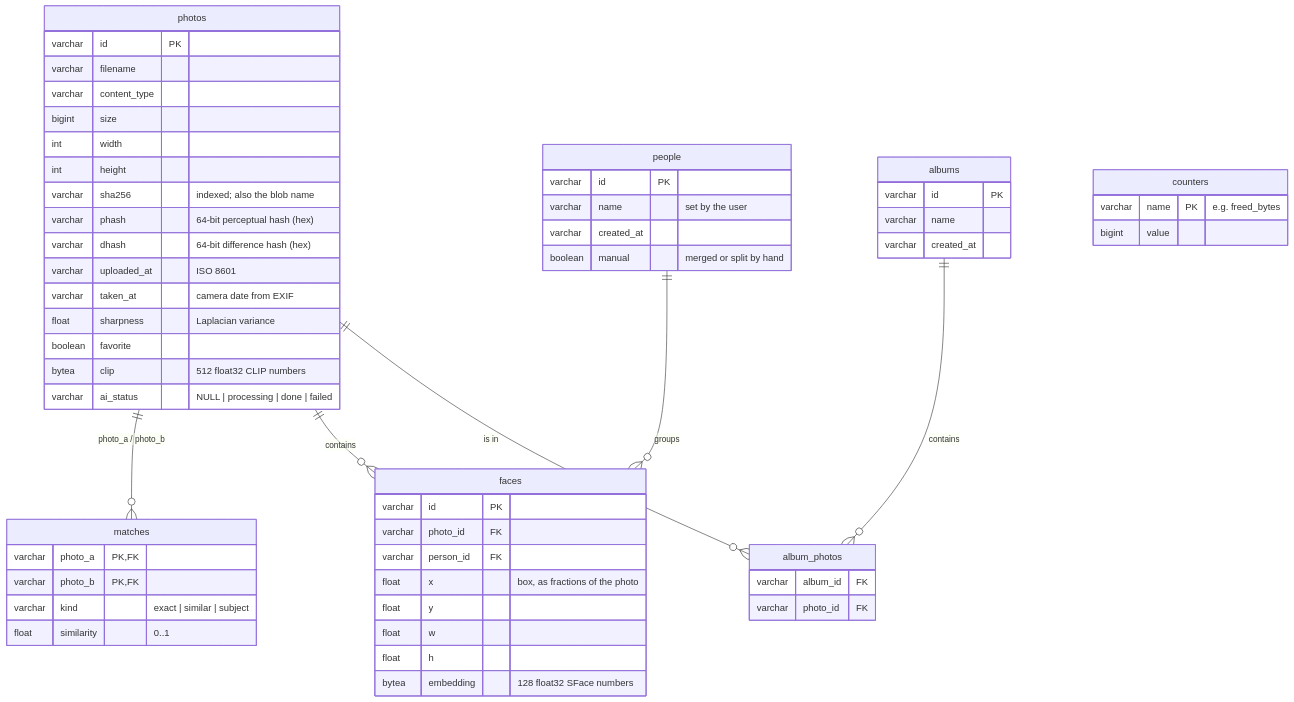
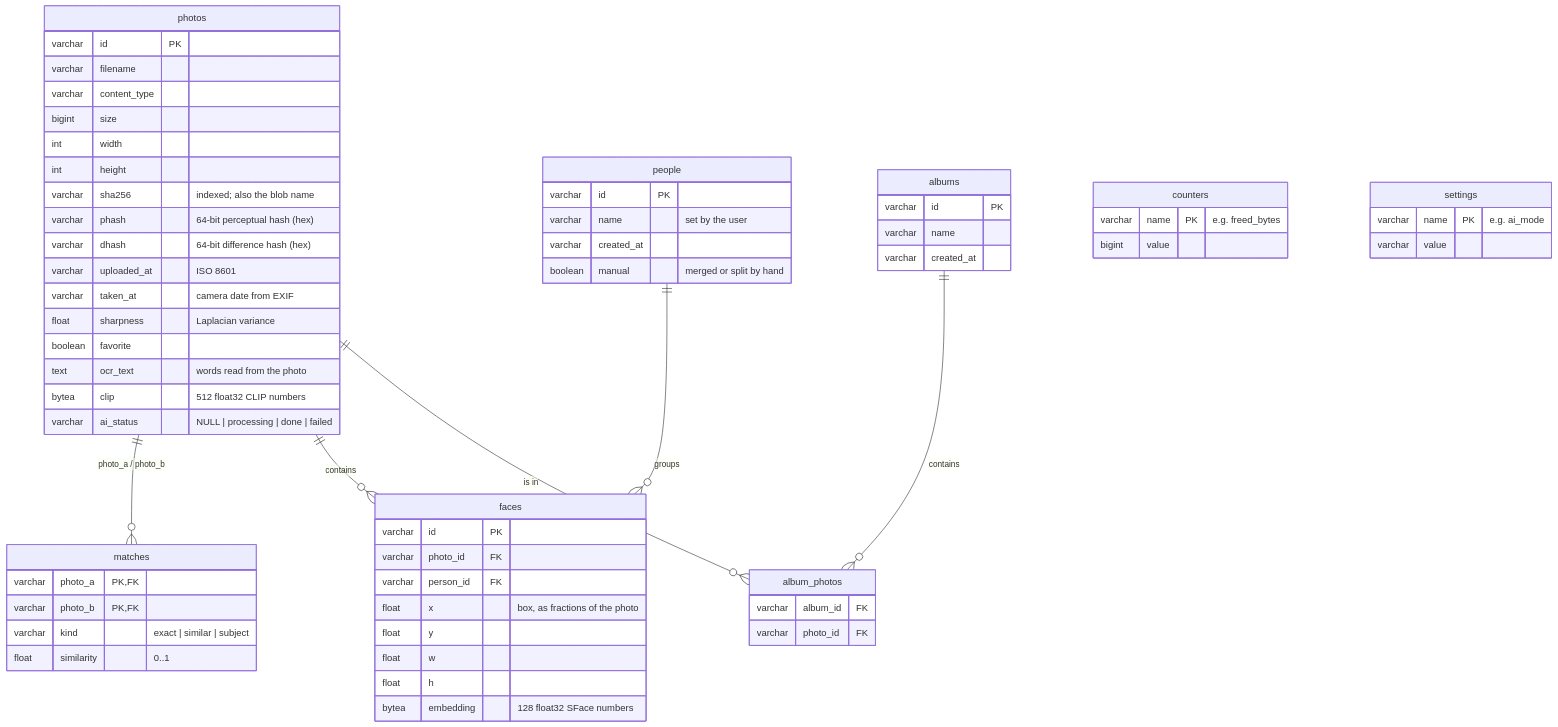
One commit to Arnav-Dugad/imagevault-ai changed the third of 4 diagrams in docs/technical-design-document.md. Above: the diagram before and after it, drawn with Mermaid. The commit also changed other lines of this file and 30 other files, not shown here.

````diff
--- a/docs/technical-design-document.md
+++ b/docs/technical-design-document.md
@@ -181,60 +183,65 @@
 ```mermaid
 erDiagram
     photos ||--o{ matches : "photo_a / photo_b"
     photos ||--o{ faces : "contains"
     people ||--o{ faces : "groups"
     albums ||--o{ album_photos : "contains"
     photos ||--o{ album_photos : "is in"
     photos {
         varchar id PK
         varchar filename
         varchar content_type
         bigint size
         int width
         int height
         varchar sha256 "indexed; also the blob name"
         varchar phash "64-bit perceptual hash (hex)"
         varchar dhash "64-bit difference hash (hex)"
         varchar uploaded_at "ISO 8601"
         varchar taken_at "camera date from EXIF"
         float sharpness "Laplacian variance"
         boolean favorite
+        text ocr_text "words read from the photo"
         bytea clip "512 float32 CLIP numbers"
         varchar ai_status "NULL | processing | done | failed"
     }
     matches {
         varchar photo_a PK, FK
         varchar photo_b PK, FK
         varchar kind "exact | similar | subject"
         float similarity "0..1"
     }
     faces {
         varchar id PK
         varchar photo_id FK
         varchar person_id FK
         float x "box, as fractions of the photo"
         float y
         float w
         float h
         bytea embedding "128 float32 SFace numbers"
     }
     people {
         varchar id PK
         varchar name "set by the user"
         varchar created_at
         boolean manual "merged or split by hand"
     }
     counters {
         varchar name PK "e.g. freed_bytes"
         bigint value
     }
+    settings {
+        varchar name PK "e.g. ai_mode"
+        varchar value
+    }
     albums {
         varchar id PK
         varchar name
         varchar created_at
     }
     album_photos {
         varchar album_id FK
         varchar photo_id FK
     }
 ```
````
